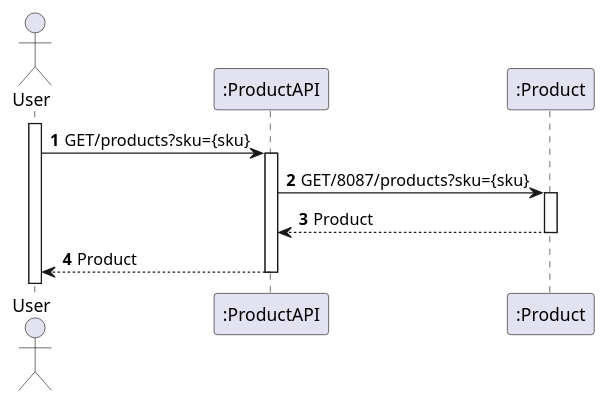
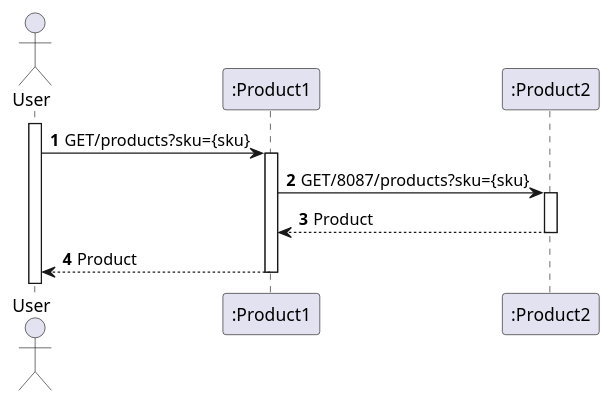
Before and after one commit to giovannaFantacini/ProductAPI: the diagram in Documentos/Product_getBySku.puml, drawn with PlantUML. The commit also changed 4 other files, not shown here.

Commit message:
Diagramas

```diff
--- a/Documentos/Product_getBySku.puml
+++ b/Documentos/Product_getBySku.puml
@@ -1,18 +1,18 @@
 @startuml
 'https://plantuml.com/sequence-diagram
 
 autoactivate on
 autonumber
 
 actor "User" as User
-participant ":ProductAPI" as pro1
-participant ":Product" as pro2
+participant ":Product1" as pro1
+participant ":Product2" as pro2
 
 activate User
 
 User -> pro1: GET/products?sku={sku}
 pro1 -> pro2: GET/8087/products?sku={sku}
 pro2 --> pro1: Product
 pro1 --> User: Product
 
 @enduml
```
